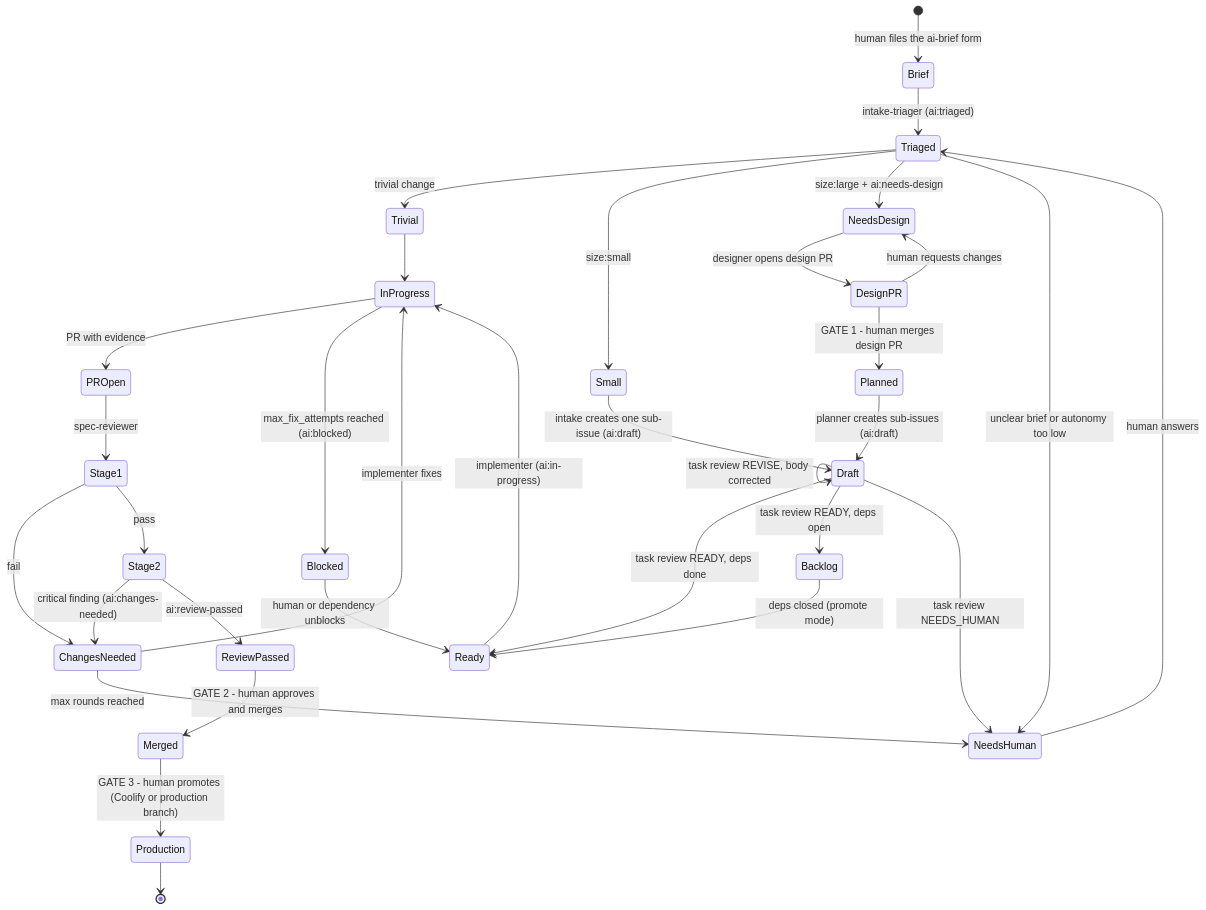
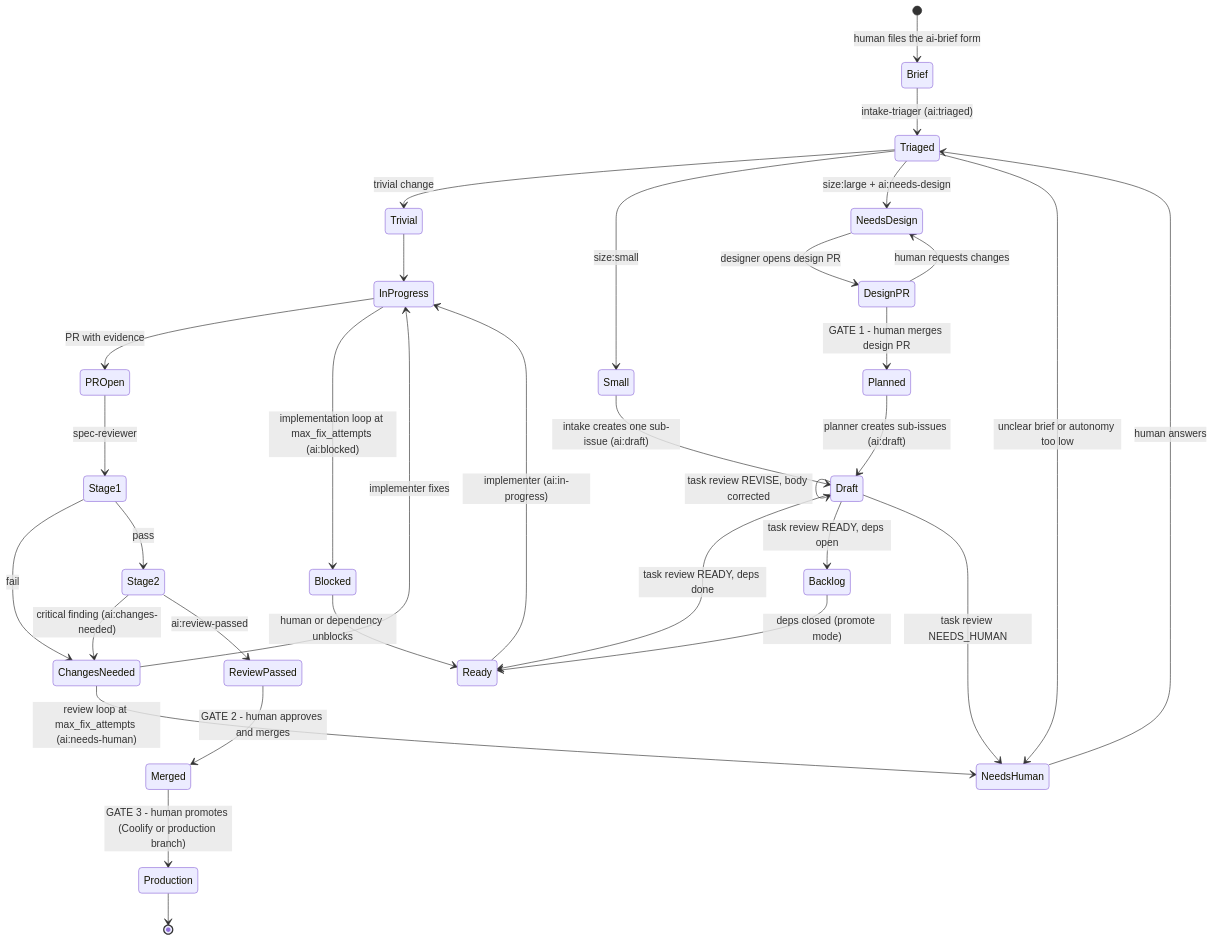
The diagram in docs/labels-and-states.md (altaprimadev/claude-cowork), drawn with Mermaid before and after one commit. The commit also changed 12 other files, not shown here.

````diff
--- a/docs/labels-and-states.md
+++ b/docs/labels-and-states.md
@@ -36,40 +36,40 @@
 ```mermaid
 stateDiagram-v2
     [*] --> Brief: human files the ai-brief form
     Brief --> Triaged: intake-triager (ai:triaged)
     Triaged --> Trivial: trivial change
     Triaged --> Small: size:small
     Triaged --> NeedsDesign: size:large + ai:needs-design
     Triaged --> NeedsHuman: unclear brief or autonomy too low
 
     NeedsDesign --> DesignPR: designer opens design PR
     DesignPR --> Planned: GATE 1 - human merges design PR
     DesignPR --> NeedsDesign: human requests changes
     Planned --> Draft: planner creates sub-issues (ai:draft)
     Small --> Draft: intake creates one sub-issue (ai:draft)
     Draft --> Draft: task review REVISE, body corrected
     Draft --> Ready: task review READY, deps done
     Draft --> Backlog: task review READY, deps open
     Draft --> NeedsHuman: task review NEEDS_HUMAN
     Backlog --> Ready: deps closed (promote mode)
 
     Trivial --> InProgress
     Ready --> InProgress: implementer (ai:in-progress)
     InProgress --> PROpen: PR with evidence
-    InProgress --> Blocked: max_fix_attempts reached (ai:blocked)
+    InProgress --> Blocked: implementation loop at max_fix_attempts (ai:blocked)
 
     PROpen --> Stage1: spec-reviewer
     Stage1 --> ChangesNeeded: fail
     Stage1 --> Stage2: pass
     Stage2 --> ChangesNeeded: critical finding (ai:changes-needed)
     Stage2 --> ReviewPassed: ai:review-passed
     ChangesNeeded --> InProgress: implementer fixes
-    ChangesNeeded --> NeedsHuman: max rounds reached
+    ChangesNeeded --> NeedsHuman: review loop at max_fix_attempts (ai:needs-human)
 
     ReviewPassed --> Merged: GATE 2 - human approves and merges
     Merged --> Production: GATE 3 - human promotes (Coolify or production branch)
     Production --> [*]
 
     NeedsHuman --> Triaged: human answers
     Blocked --> Ready: human or dependency unblocks
 ```
````
